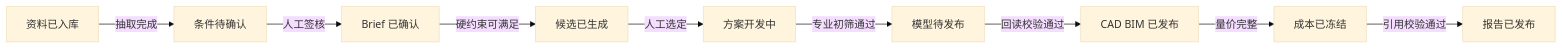
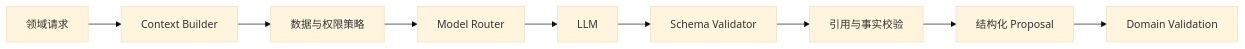
Before and after one commit to wangdengyu0512/Learning: the tenth of 11 diagrams in content/posts/ai-conceptual-building-design-poc-architecture.md, drawn with Mermaid (base theme). The commit also changed other lines of this file and 5 other files, not shown here.

Commit message:
docs: refocus building design POC on architecture

````diff
--- a/content/posts/ai-conceptual-building-design-poc-architecture.md
+++ b/content/posts/ai-conceptual-building-design-poc-architecture.md
@@ -450,11 +775,11 @@
 ```mermaid
 flowchart LR
-    A[资料已入库] -->|抽取完成| B[条件待确认]
-    B -->|人工签核| C[Brief 已确认]
-    C -->|硬约束可满足| D[候选已生成]
-    D -->|人工选定| E[方案开发中]
-    E -->|专业初筛通过| F[模型待发布]
-    F -->|回读校验通过| G[CAD BIM 已发布]
-    G -->|量价完整| H[成本已冻结]
-    H -->|引用校验通过| I[报告已发布]
+    Request[领域请求] --> Context[Context Builder]
+    Context --> Policy[数据与权限策略]
+    Policy --> Router[Model Router]
+    Router --> Model[LLM]
+    Model --> Validate[Schema Validator]
+    Validate --> Ground[引用与事实校验]
+    Ground --> Proposal[结构化 Proposal]
+    Proposal --> Domain[Domain Validation]
 ```
````
